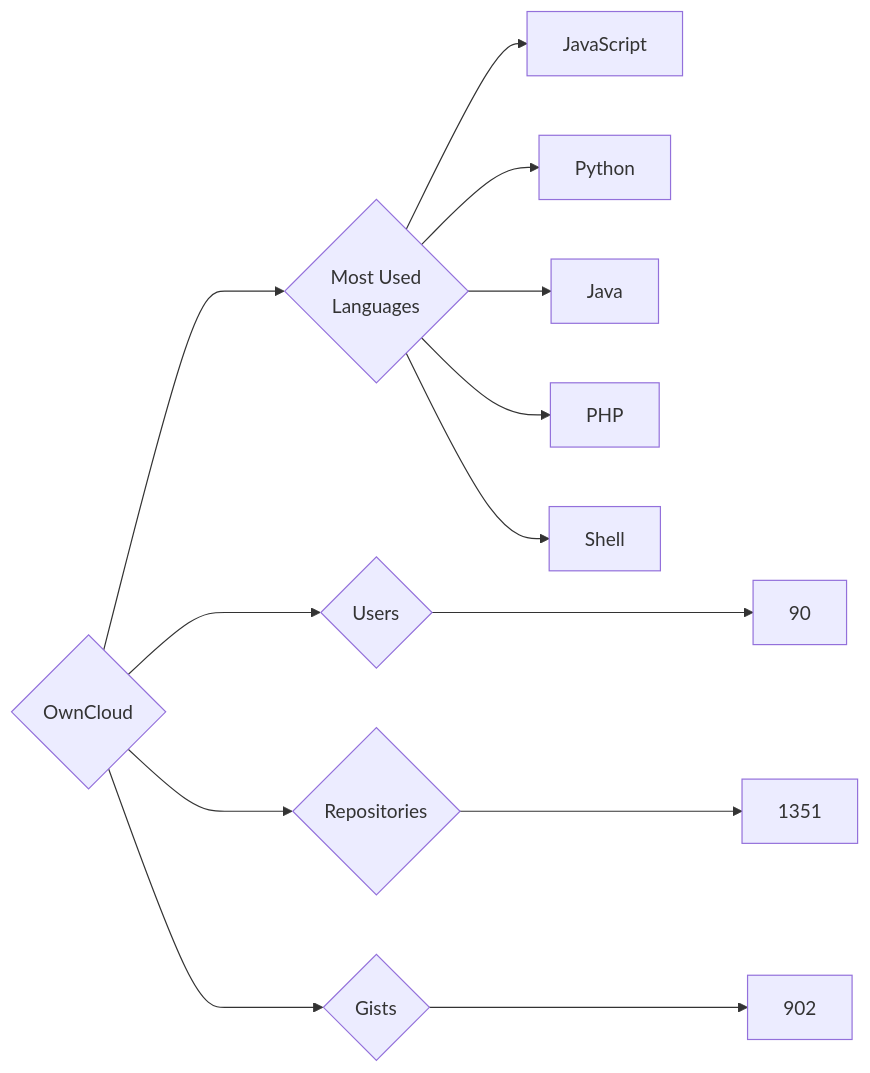
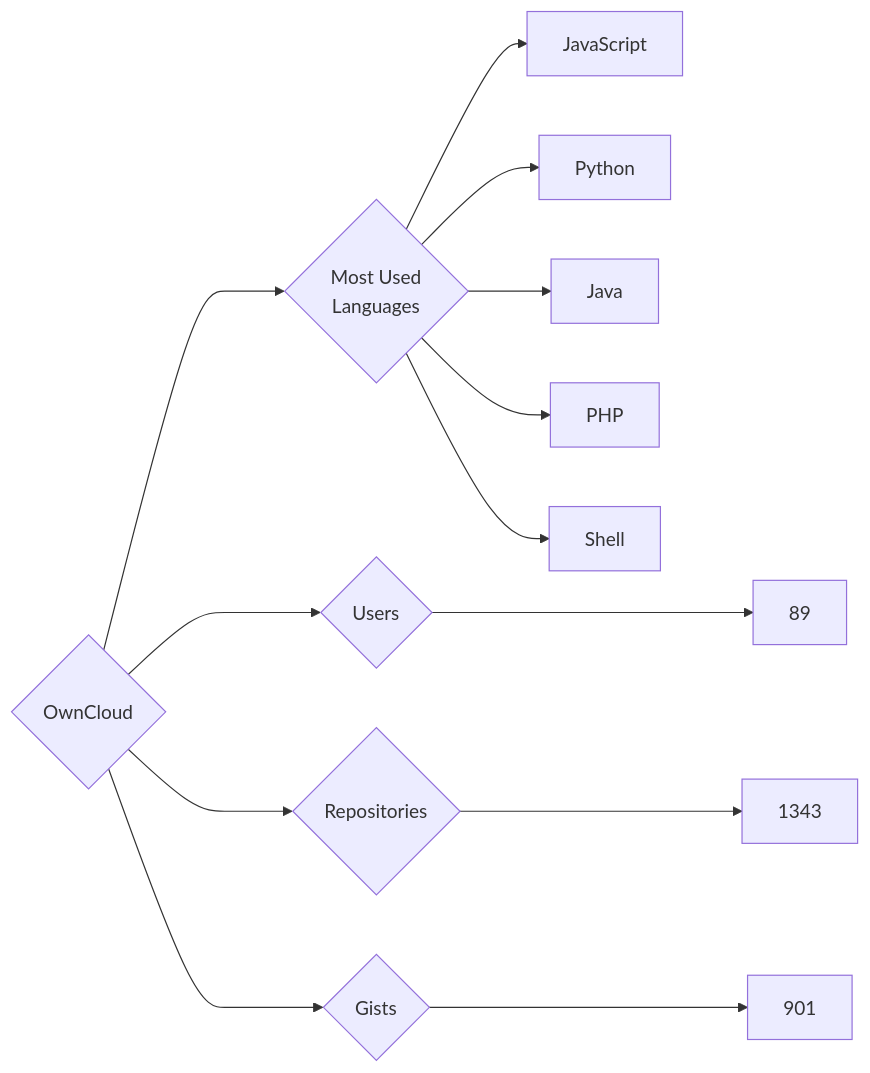
The diagram in targets/OwnCloud/README.md (trickest/insiders), drawn with Mermaid before and after one commit. The commit also changed 953 other files, not shown here.

````diff
--- a/targets/OwnCloud/README.md
+++ b/targets/OwnCloud/README.md
@@ -3,13 +3,13 @@
 ```mermaid
 graph LR
 COMPANY_NAME{OwnCloud}
-COMPANY_NAME ---> U{Users} ---> UN[90]
-COMPANY_NAME ---> R{Repositories} ---> RN[1351]
-COMPANY_NAME ---> G{Gists} ---> GN[902]
+COMPANY_NAME ---> U{Users} ---> UN[89]
+COMPANY_NAME ---> R{Repositories} ---> RN[1343]
+COMPANY_NAME ---> G{Gists} ---> GN[901]
 COMPANY_NAME ---> ML{Most Used<br>Languages}
 ML --> JavaScript[JavaScript]
 ML --> Python[Python]
 ML --> Java[Java]
 ML --> PHP[PHP]
 ML --> Shell[Shell]
 ```
````
